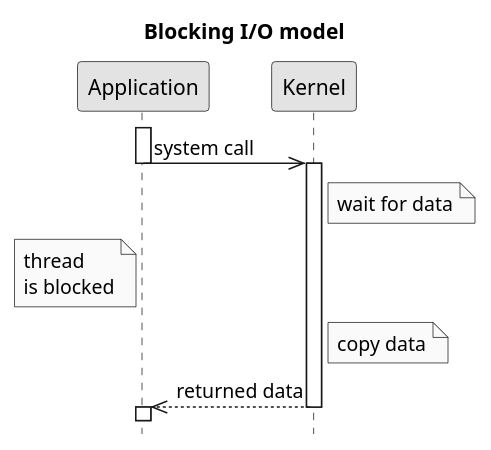
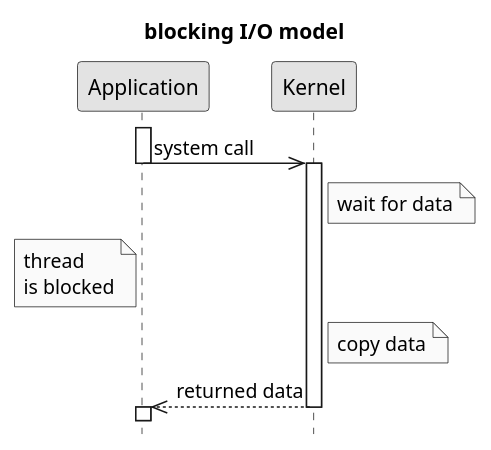
Before and after one commit to c0p4c4b4n4/demo-sockets-io-nio-nio2: the diagram in doc/plantuml/1. blocking IO model.puml, drawn with PlantUML. The commit also changed 3 other files, not shown here.

```diff
--- a/doc/plantuml/1. blocking IO model.puml
+++ b/doc/plantuml/1. blocking IO model.puml
@@ -1,16 +1,16 @@
 @startuml
-title Blocking I/O model
+title blocking I/O model
 hide footbox
 skinparam monochrome true
 skinparam shadowing false
 activate Application
 Application->>Kernel: system call
 deactivate Application
 activate Kernel
 Note right of Kernel: wait for data
 Note left of Application: thread\nis blocked
 Note right of Kernel: copy data
 Kernel-->>Application: returned data
 deactivate Kernel
 activate Application
 @enduml
```
